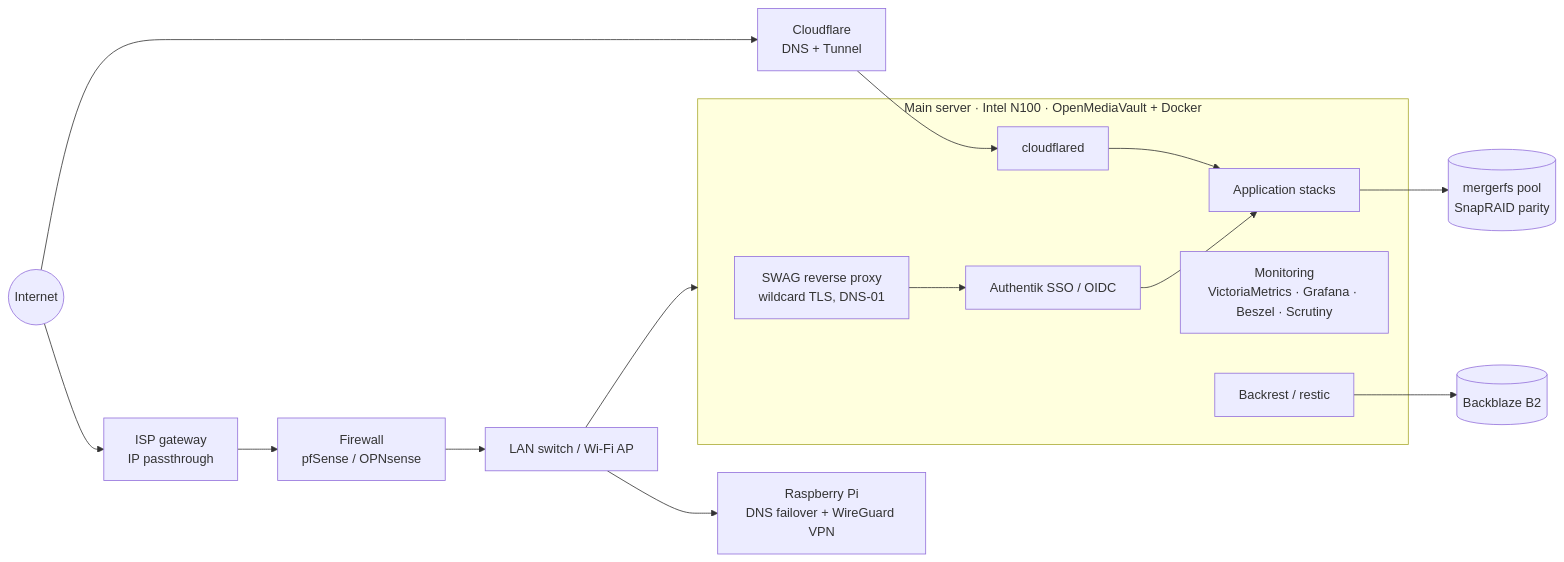
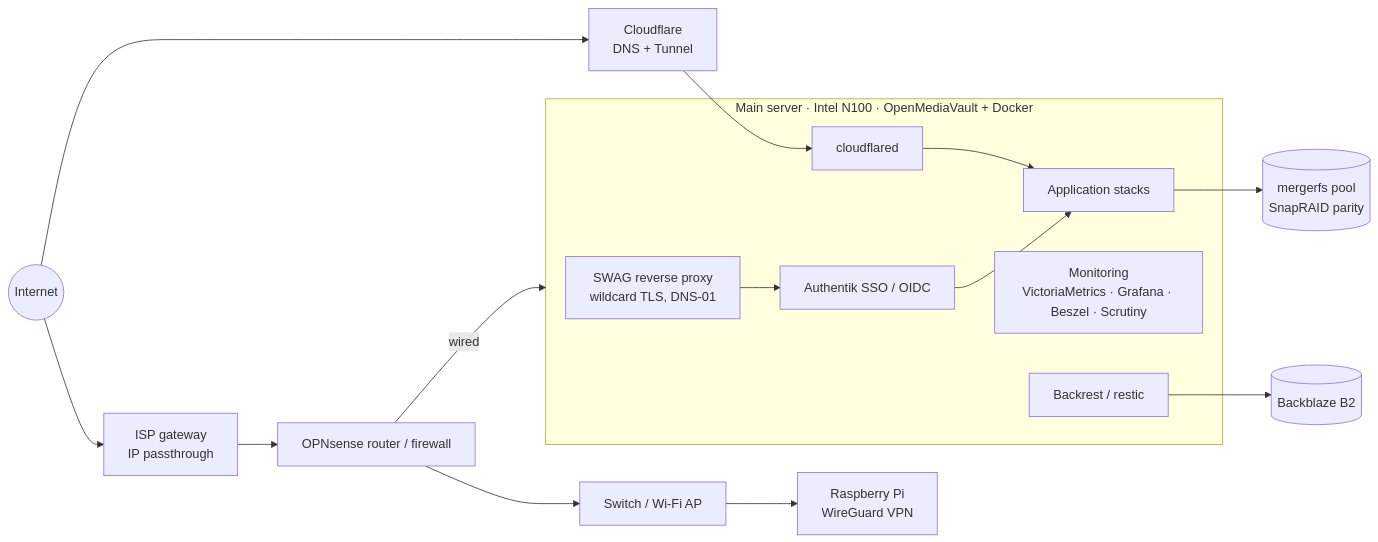
One commit to sassmastawillis/homelab changed the diagram in README.md. Above: the diagram before and after it, drawn with Mermaid. The commit also changed other lines of this file, not shown here.

First line of the commit message:
Update network diagram for OPNsense; remove incident log and roadmap

````diff
--- a/README.md
+++ b/README.md
@@ -13,24 +13,23 @@
 ```mermaid
 flowchart LR
     internet((Internet)) --> cf[Cloudflare<br/>DNS + Tunnel]
     internet --> isp[ISP gateway<br/>IP passthrough]
-    isp --> fw[Firewall<br/>pfSense / OPNsense]
-    fw --> lan[LAN switch / Wi-Fi AP]
-
-    lan --> server
-    lan --> pi[Raspberry Pi<br/>DNS failover + WireGuard VPN]
+    isp --> fw[OPNsense router / firewall]
+    fw -- wired --> server
+    fw --> lan[Switch / Wi-Fi AP]
+    lan --> pi[Raspberry Pi<br/>WireGuard VPN]
 
     subgraph server[Main server · Intel N100 · OpenMediaVault + Docker]
         swag[SWAG reverse proxy<br/>wildcard TLS, DNS-01]
         tunnel[cloudflared]
         sso[Authentik SSO / OIDC]
         apps[Application stacks]
         mon[Monitoring<br/>VictoriaMetrics · Grafana · Beszel · Scrutiny]
         bk[Backrest / restic]
     end
 
     cf --> tunnel --> apps
     swag --> sso --> apps
     bk --> b2[(Backblaze B2)]
     apps --> array[(mergerfs pool<br/>SnapRAID parity)]
 ```
````
